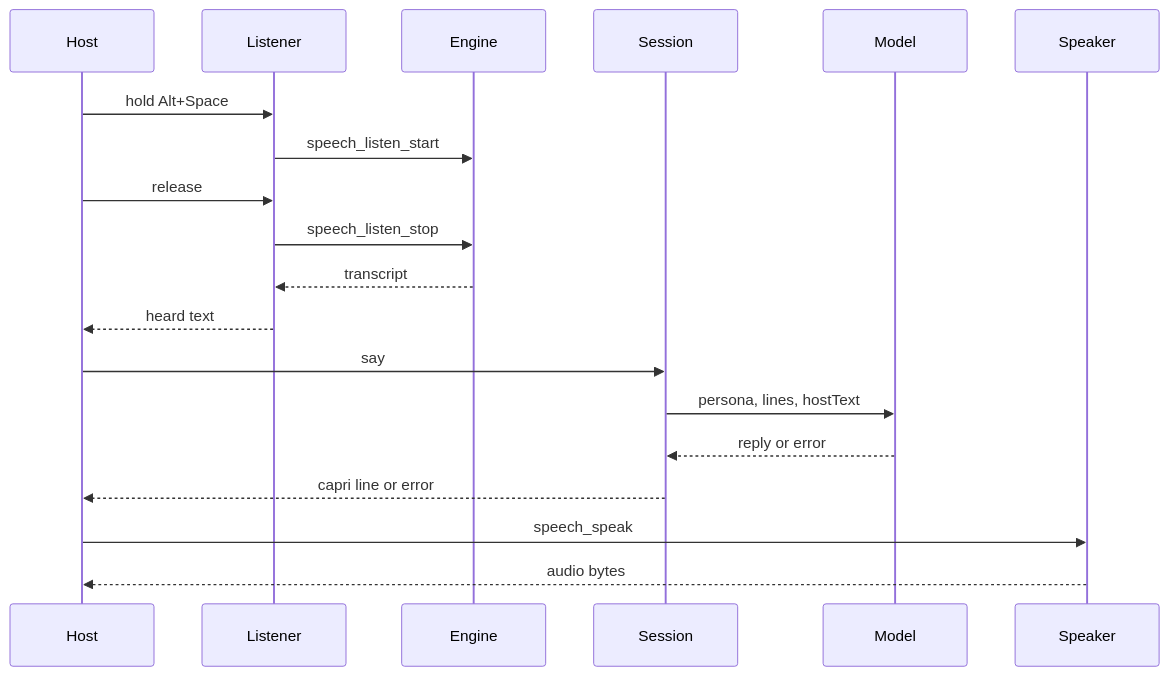
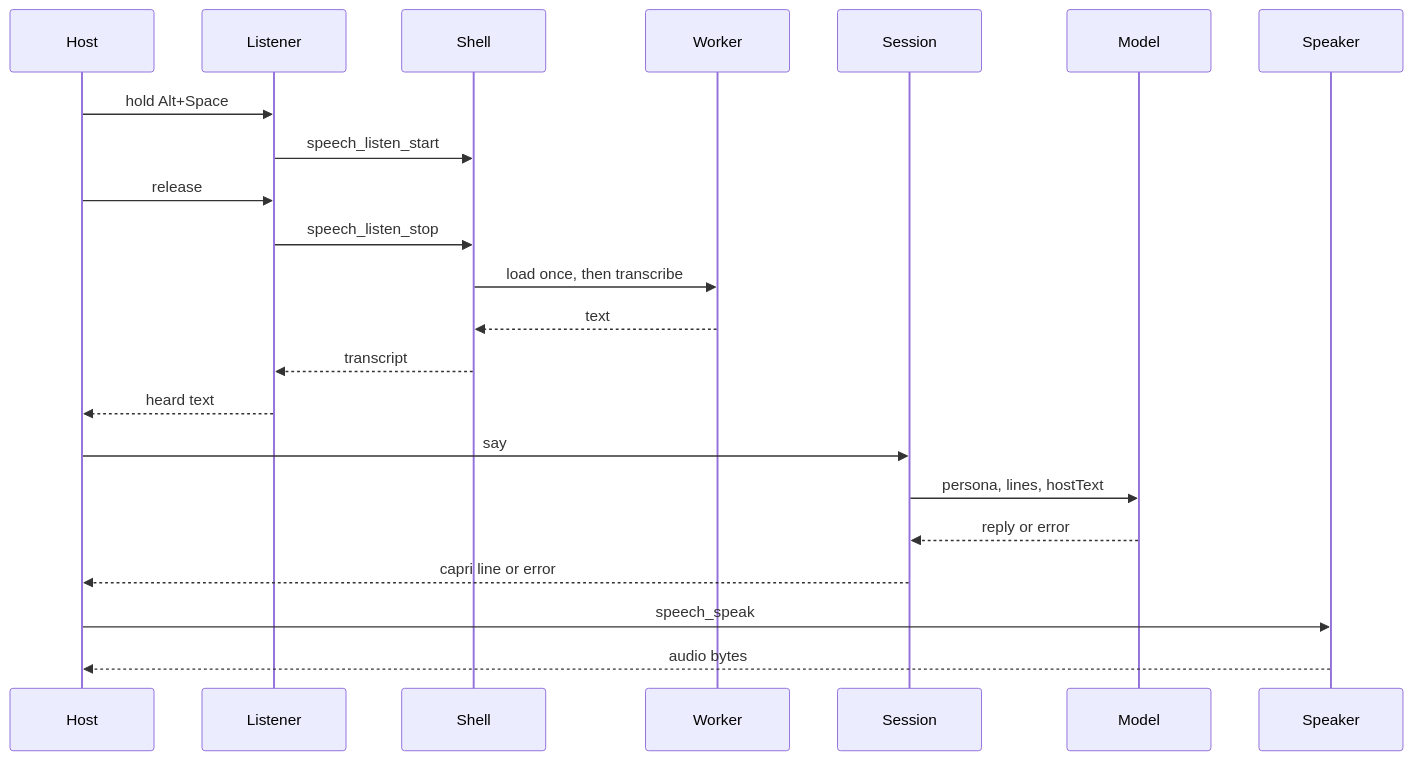
Before and after one commit to ItsYuma/Caprice: the second of 2 diagrams in docs/architecture.md, drawn with Mermaid. The commit also changed other lines of this file and 27 other files, not shown here.

First line of the commit message:
Run speech recognition in a resident worker

````diff
--- a/docs/architecture.md
+++ b/docs/architecture.md
@@ -34,21 +34,24 @@
 ```mermaid
 sequenceDiagram
   participant Host
   participant Listener
-  participant Engine
+  participant Shell
+  participant Worker
   participant Session
   participant Model
   participant Speaker
   Host->>Listener: hold Alt+Space
-  Listener->>Engine: speech_listen_start
+  Listener->>Shell: speech_listen_start
   Host->>Listener: release
-  Listener->>Engine: speech_listen_stop
-  Engine-->>Listener: transcript
+  Listener->>Shell: speech_listen_stop
+  Shell->>Worker: load once, then transcribe
+  Worker-->>Shell: text
+  Shell-->>Listener: transcript
   Listener-->>Host: heard text
   Host->>Session: say
   Session->>Model: persona, lines, hostText
   Model-->>Session: reply or error
   Session-->>Host: capri line or error
   Host->>Speaker: speech_speak
   Speaker-->>Host: audio bytes
 ```
````
